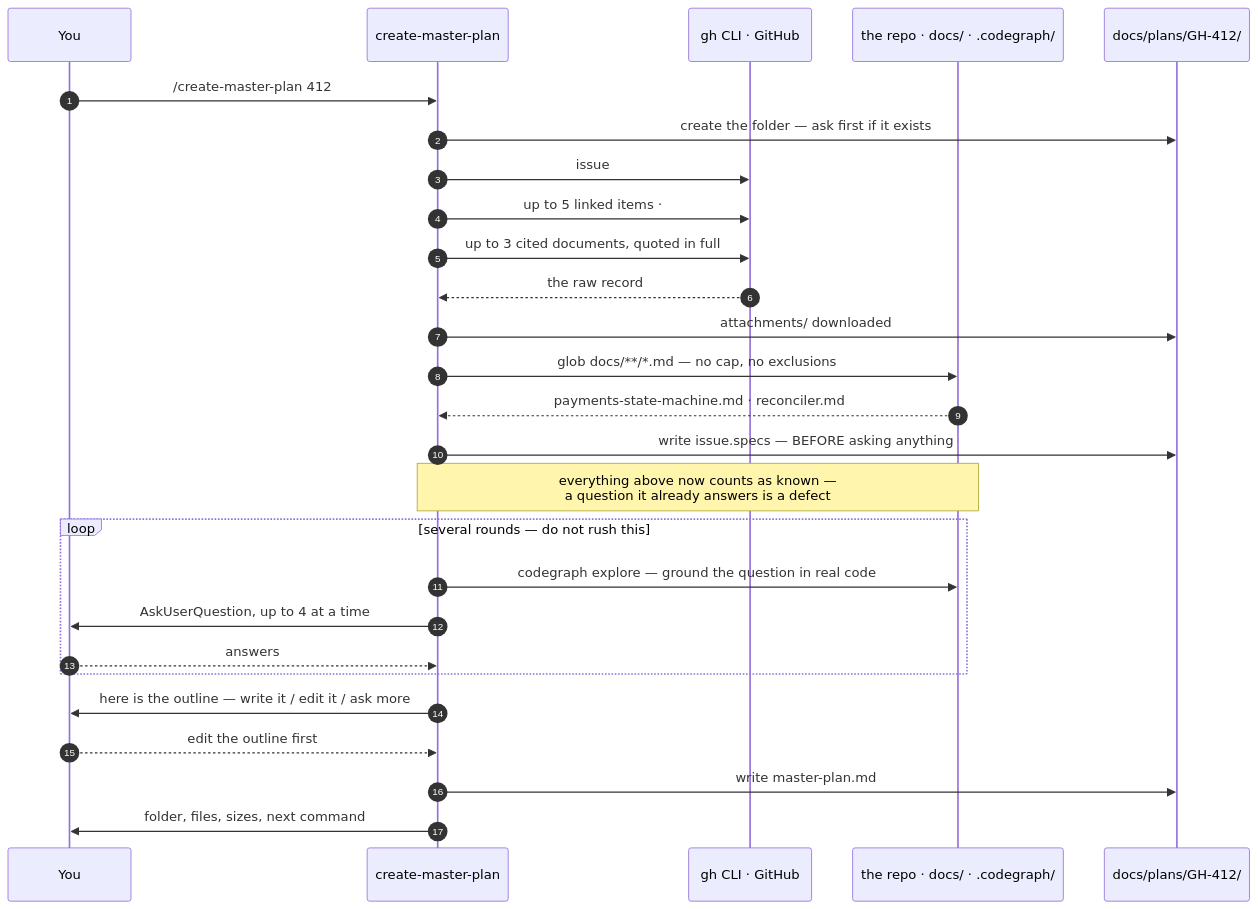
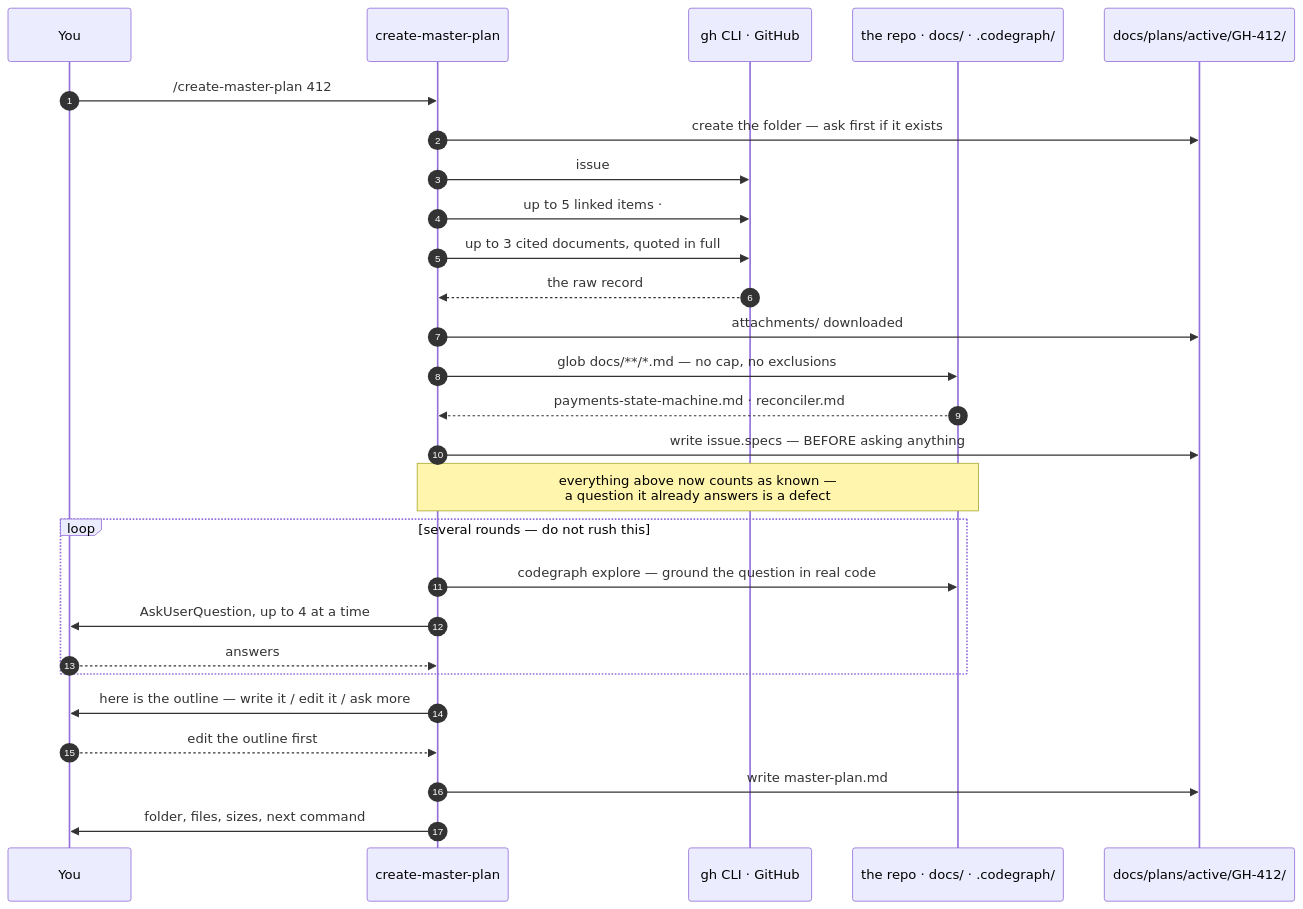
The third of 13 diagrams in docs/master-plan-pack/TUTORIAL.md (necofx/necofx-claude-marketplace), drawn with Mermaid before and after one commit. The commit also changed other lines of this file, not shown here.

Commit message:
TUTORIAL: Part 6 close-out, active/ layout, four plugins

````diff
--- a/docs/master-plan-pack/TUTORIAL.md
+++ b/docs/master-plan-pack/TUTORIAL.md
@@ -182,33 +183,33 @@
 ```mermaid
 sequenceDiagram
     autonumber
     participant U as You
     participant S as create-master-plan
     participant GH as gh CLI · GitHub
     participant D as the repo · docs/ · .codegraph/
-    participant F as docs/plans/GH-412/
+    participant F as docs/plans/active/GH-412/
 
     U->>S: /create-master-plan 412
     S->>F: create the folder — ask first if it exists
     S->>GH: issue #412, all fields + comments
     S->>GH: up to 5 linked items · #388 merged PR
     S->>GH: up to 3 cited documents, quoted in full
     GH-->>S: the raw record
     S->>F: attachments/ downloaded
     S->>D: glob docs/**/*.md — no cap, no exclusions
     D-->>S: payments-state-machine.md · reconciler.md
     S->>F: write issue.specs — BEFORE asking anything
 
     Note over S,D: everything above now counts as known —<br/>a question it already answers is a defect
 
     loop several rounds — do not rush this
         S->>D: codegraph explore — ground the question in real code
         S->>U: AskUserQuestion, up to 4 at a time
         U-->>S: answers
     end
 
     S->>U: here is the outline — write it / edit it / ask more
     U-->>S: edit the outline first
     S->>F: write master-plan.md
     S->>U: folder, files, sizes, next command
 ```
````
